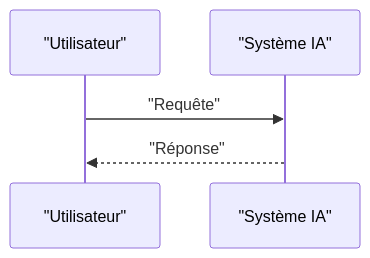
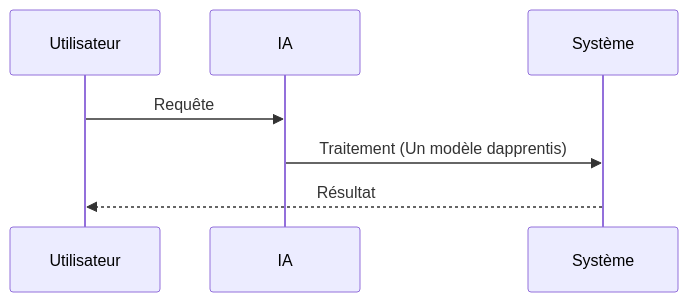
The second of 2 diagrams in archive/multi-omic-aging-clock/README.fr.md (flouzzy/top-100-ai-startup-ideas), drawn with Mermaid before and after one commit. The commit also changed other lines of this file and 79 other files, not shown here.

````diff
--- a/archive/multi-omic-aging-clock/README.fr.md
+++ b/archive/multi-omic-aging-clock/README.fr.md
@@ -37,7 +37,9 @@
 ```mermaid
 sequenceDiagram
-    participant U as "Utilisateur"
-    participant S as "Système IA"
-    U->>S: "Requête"
-    S-->>U: "Réponse"
+    participant Utilisateur
+    participant IA
+    participant Système
+    Utilisateur->>IA: Requête
+    IA->>Système: Traitement (Un modèle dapprentis)
+    Système-->>Utilisateur: Résultat
 ```
````
